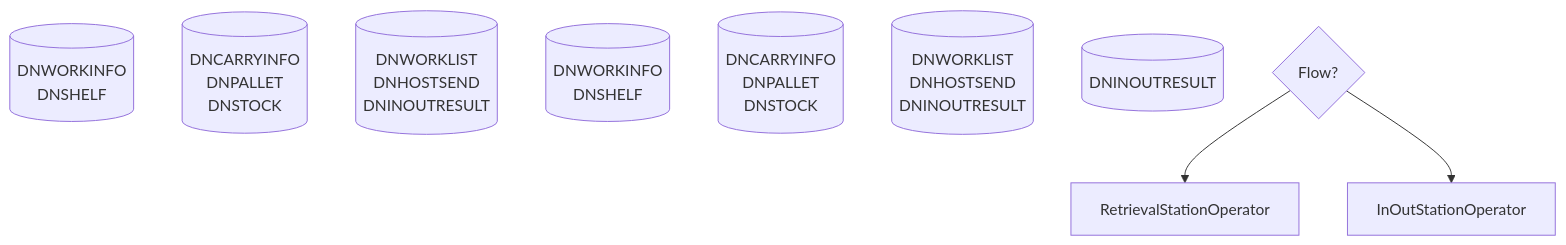
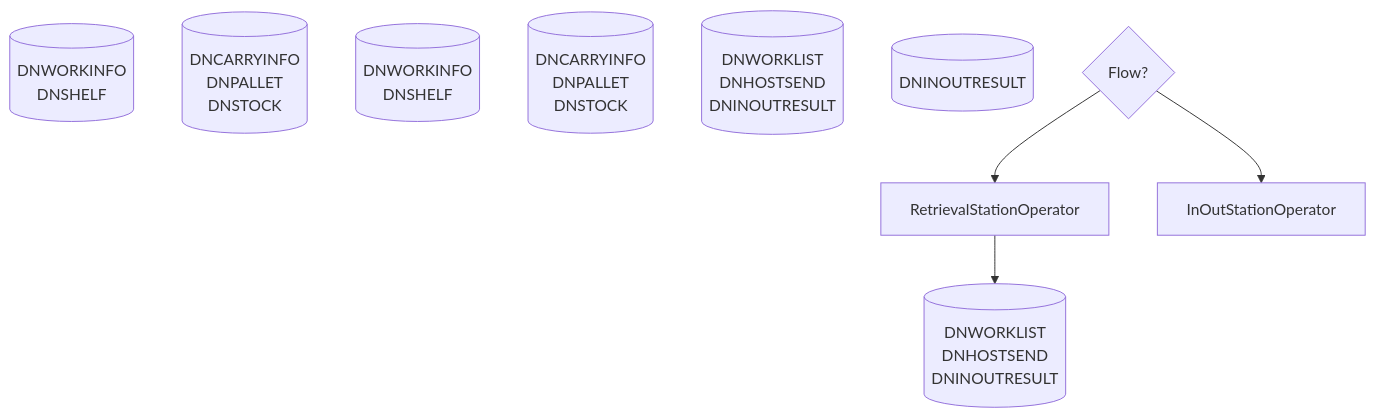
Diagram 20 of 20 in Basic-Design/DFD-WMS/Retrieval/Specific-Location-Retrieval-Setting.md (luthfiadityaa/SimeDarby-Wiki), drawn with Mermaid before and after one commit.

Commit message:
Updated Specific Location Retrieval Setting

```diff
--- a/Basic-Design/DFD-WMS/Retrieval/Specific-Location-Retrieval-Setting.md
+++ b/Basic-Design/DFD-WMS/Retrieval/Specific-Location-Retrieval-Setting.md
@@ -853,45 +853,45 @@
 ::: mermaid
 flowchart TD
 
 id26-update[("
 DNWORKINFO
 DNSHELF
 ")]
 
 id26-delete[("
 DNCARRYINFO
 DNPALLET
 DNSTOCK
 ")]
 
 id26-insert[("
 DNWORKLIST
 DNHOSTSEND
 DNINOUTRESULT
 ")]
 
 id26-update2[("
 DNWORKINFO
 DNSHELF
 ")]
 
 id26-delete2[("
 DNCARRYINFO
 DNPALLET
 DNSTOCK
 ")]
 
 id26-insert3[("
 DNWORKLIST
 DNHOSTSEND
 DNINOUTRESULT
 ")]
 
 id26-insert2[("
 DNINOUTRESULT
 ")]
 
 Cond1{Flow?} --> RetrievalStationOperator
 Cond1{Flow?} --> InOutStationOperator 
-
+RetrievalStationOperator --> id26-insert
 :::
```
